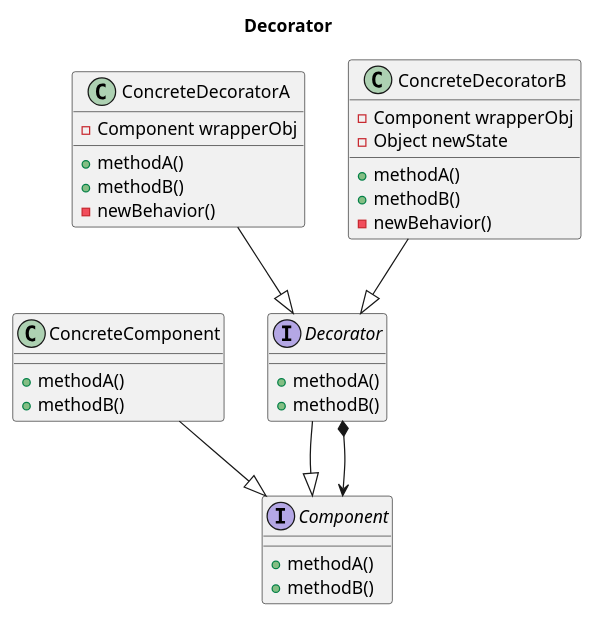
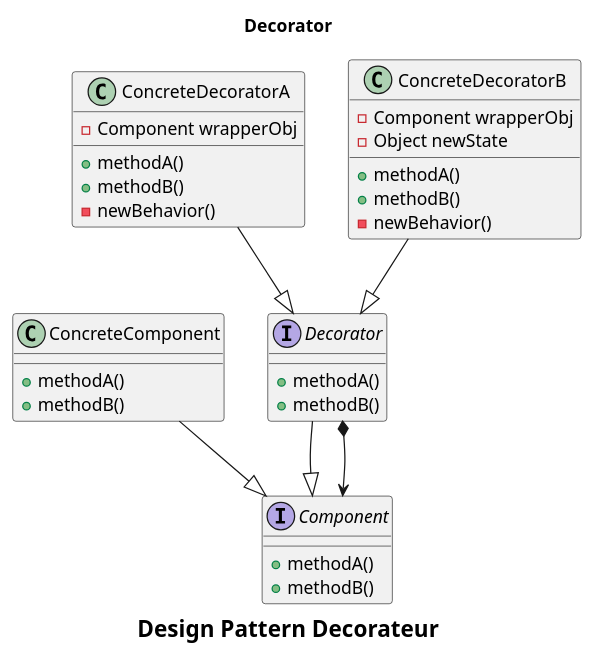
Before and after one commit to tavenel/website: the fourth of 4 diagrams in src/pages/cours/tests/methodo/patterns-cours.md, drawn with PlantUML. The commit also changed other lines of this file and 22 other files, not shown here.

Commit message:
astro: plantuml and cleanup all diagrams

````diff
--- a/src/pages/cours/tests/methodo/patterns-cours.md
+++ b/src/pages/cours/tests/methodo/patterns-cours.md
@@ -230,42 +241,47 @@
 ```plantuml
 @startuml
+
+caption
+= Design Pattern Decorateur
+endcaption
+
 title Decorator
 
 interface Component {
   +methodA()
   +methodB()
 }
 
 class ConcreteComponent {
   +methodA()
   +methodB()
 }
 
 interface Decorator {
   +methodA()
   +methodB()
 }
 
 class ConcreteDecoratorA {
   -Component wrapperObj
   +methodA()
   +methodB()
   -newBehavior()
 }
 
 class ConcreteDecoratorB {
   -Component wrapperObj
   -Object newState
   +methodA()
   +methodB()
   -newBehavior()
 }
 
 ConcreteComponent --|> Component
 ConcreteDecoratorA --|> Decorator
 ConcreteDecoratorB --|> Decorator
 
 Decorator --|> Component
 Decorator *--> Component
 @enduml
 ```
````
